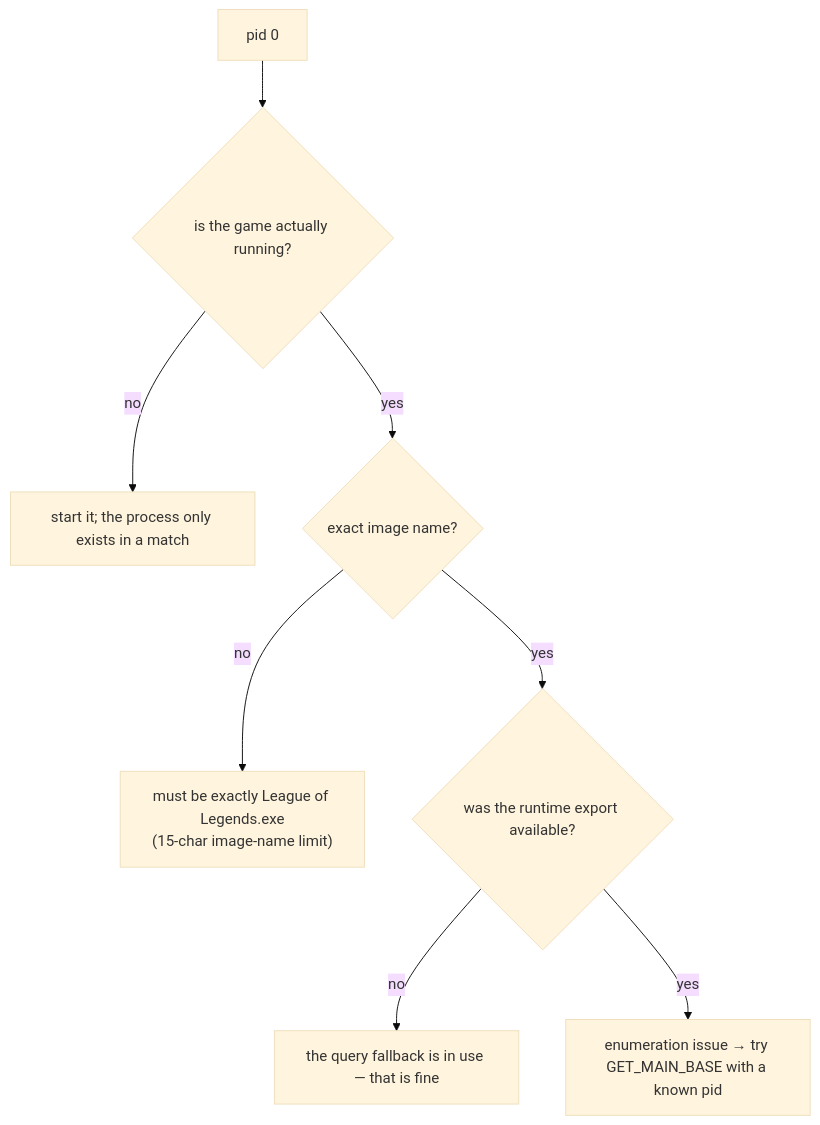
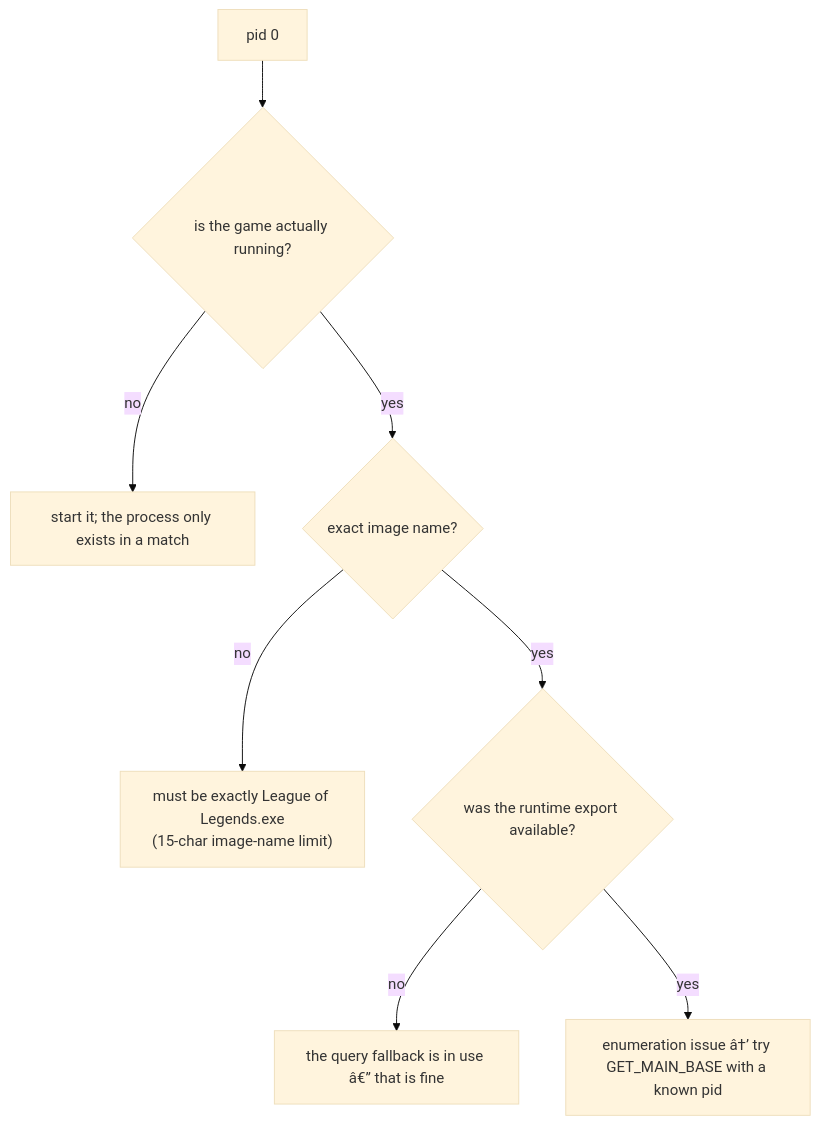
The fourth of 5 diagrams in docs/troubleshooting.md (0xMALVEE/kernmem), drawn with Mermaid (base theme) before and after one commit. The commit also changed other lines of this file and 919 other files, not shown here.

````diff
--- a/docs/troubleshooting.md
+++ b/docs/troubleshooting.md
@@ -87,10 +87,10 @@
 ```mermaid
 flowchart TD
     A["pid 0"] --> B{"is the game actually running?"}
     B -->|no| B1["start it; the process only exists in a match"]
     B -->|yes| C{"exact image name?"}
     C -->|no| C1["must be exactly League of Legends.exe<br/>(15-char image-name limit)"]
     C -->|yes| D{"was the runtime export available?"}
-    D -->|no| D1["the query fallback is in use — that is fine"]
-    D -->|yes| E["enumeration issue → try GET_MAIN_BASE with a known pid"]
+    D -->|no| D1["the query fallback is in use â€” that is fine"]
+    D -->|yes| E["enumeration issue â†’ try GET_MAIN_BASE with a known pid"]
 ```
````
